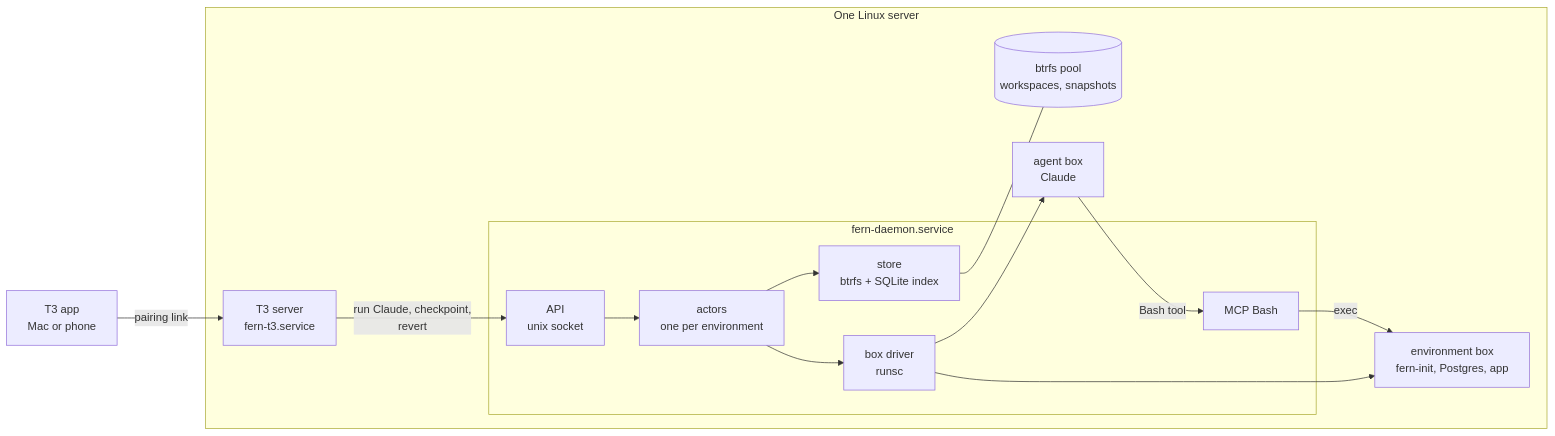
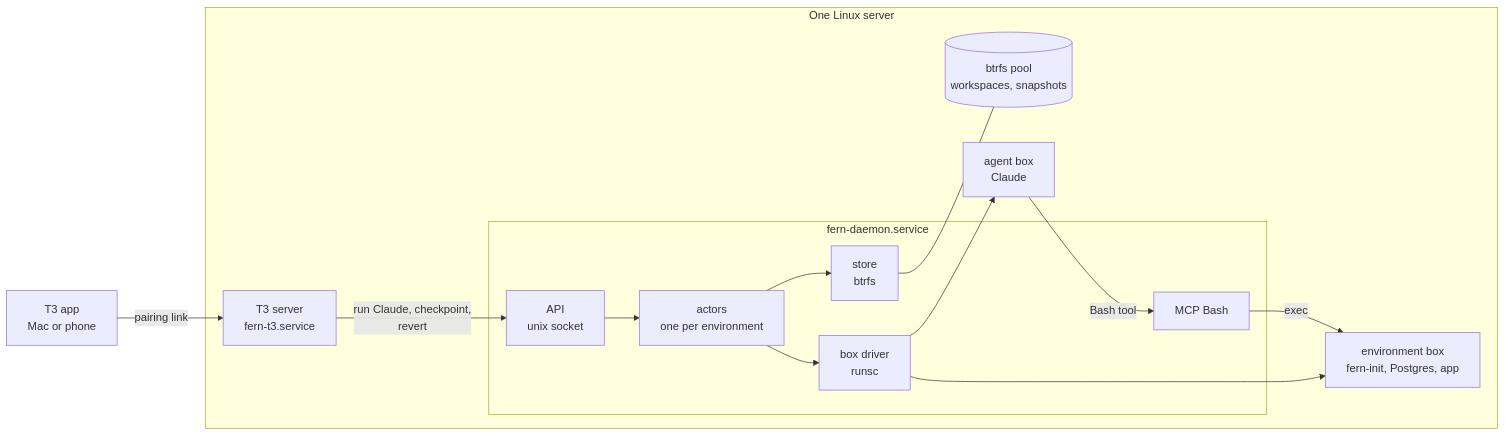
The first of 2 diagrams in README.md (nebler/fern), drawn with Mermaid before and after one commit. The commit also changed other lines of this file and 30 other files, not shown here.

First line of the commit message:
store: the disk is the only record, with no SQLite index beside it

````diff
--- a/README.md
+++ b/README.md
@@ -23,22 +23,22 @@
 ```mermaid
 flowchart LR
     app["T3 app<br/>Mac or phone"] -->|pairing link| t3
 
     subgraph server["One Linux server"]
         t3["T3 server<br/>fern-t3.service"]
 
         subgraph daemon["fern-daemon.service"]
             api["API<br/>unix socket"] --> actors["actors<br/>one per environment"]
-            actors --> store["store<br/>btrfs + SQLite index"]
+            actors --> store["store<br/>btrfs"]
             actors --> runsc["box driver<br/>runsc"]
             mcp["MCP Bash"]
         end
 
         t3 -->|"run Claude, checkpoint,<br/>revert"| api
         runsc --> agent["agent box<br/>Claude"]
         runsc --> box["environment box<br/>fern-init, Postgres, app"]
         agent -->|Bash tool| mcp
         mcp -->|exec| box
         store --- pool[("btrfs pool<br/>workspaces, snapshots")]
     end
 ```
````
